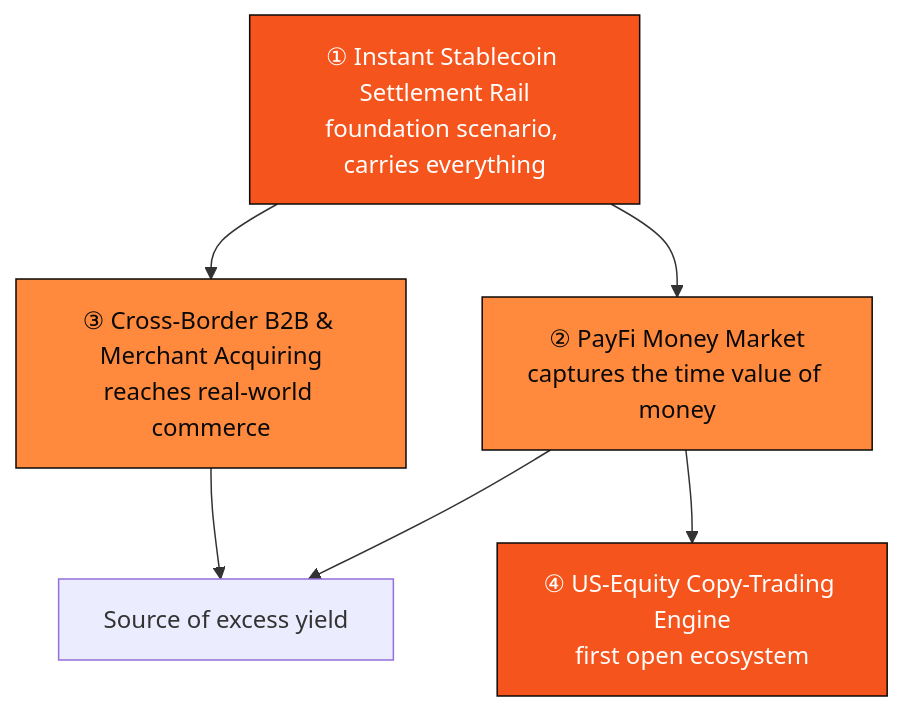
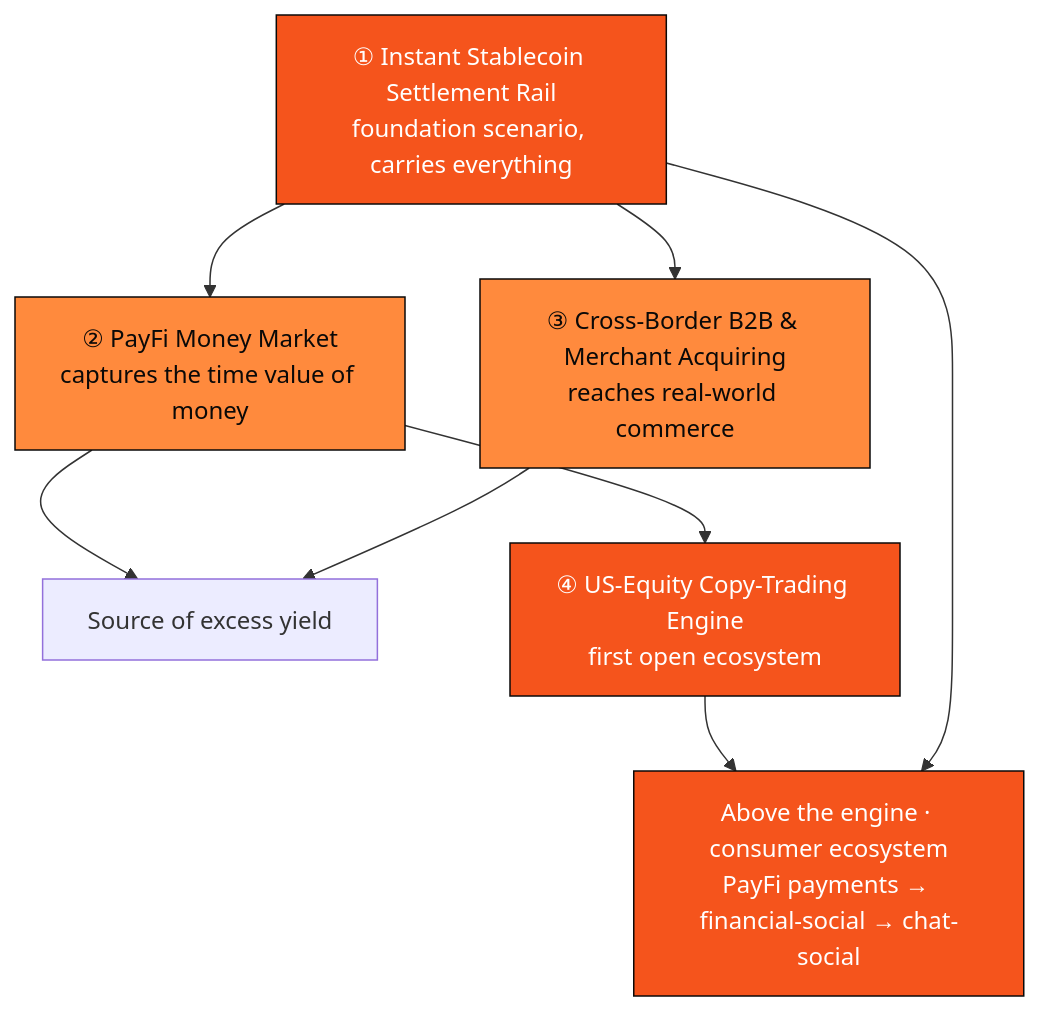
Before and after one commit to AIVIVEHQ/axon-whitepaper: the diagram in en/part4-payfi/README.md, drawn with Mermaid. The commit also changed other lines of this file and 17 other files, not shown here.

````diff
--- a/en/part4-payfi/README.md
+++ b/en/part4-payfi/README.md
@@ -14,12 +16,15 @@
 ```mermaid
 flowchart TB
     S["① Instant Stablecoin Settlement Rail<br/>foundation scenario, carries everything"] --> M["② PayFi Money Market<br/>captures the time value of money"]
     S --> X["③ Cross-Border B2B & Merchant Acquiring<br/>reaches real-world commerce"]
     M --> V["Source of excess yield"]
     X --> V
     M --> C["④ US-Equity Copy-Trading Engine<br/>first open ecosystem"]
+    C --> APP["Above the engine · consumer ecosystem<br/>PayFi payments → financial-social → chat-social"]
+    S --> APP
     style S fill:#f5541c,stroke:#0a0908,color:#fff
     style M fill:#ff8a3d,stroke:#0a0908,color:#0a0908
     style X fill:#ff8a3d,stroke:#0a0908,color:#0a0908
     style C fill:#f5541c,stroke:#0a0908,color:#fff
+    style APP fill:#f5541c,stroke:#0a0908,color:#fff
 ```
````
